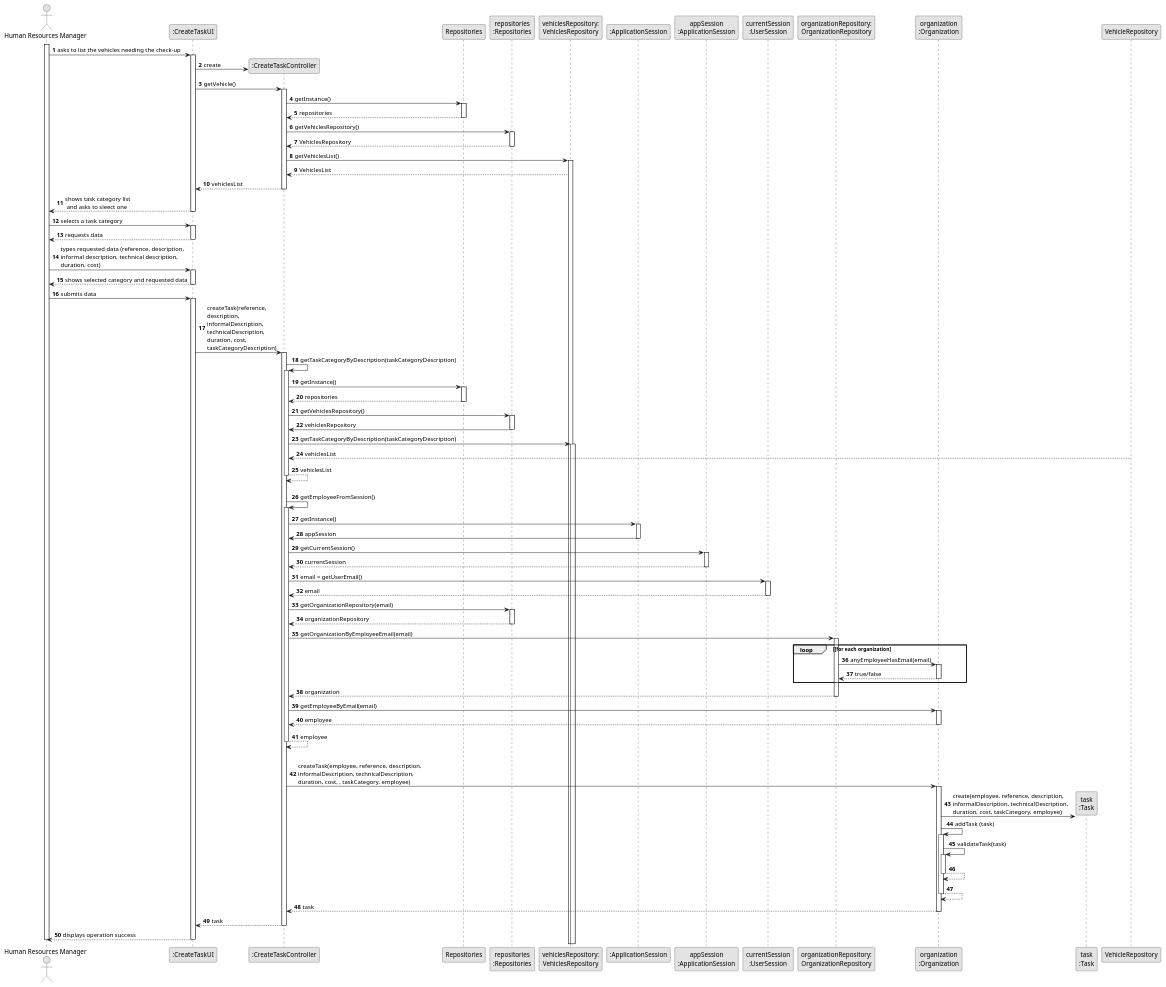
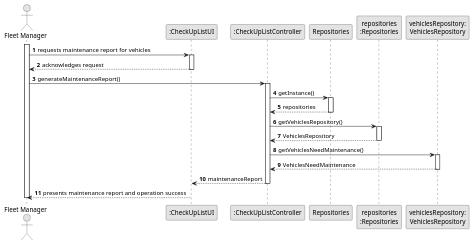
The diagram in docs/sprintB/us008/03.design/puml/us008-sequence-diagram-full.puml (Departamento-de-Engenharia-Informatica/lei-24-s2-1dl-g121), drawn with PlantUML before and after one commit. The commit also changed 4 other files, not shown here.

```diff
--- a/docs/sprintB/us008/03.design/puml/us008-sequence-diagram-full.puml
+++ b/docs/sprintB/us008/03.design/puml/us008-sequence-diagram-full.puml
@@ -1,180 +1,59 @@
 @startuml
 skinparam monochrome true
 skinparam packageStyle rectangle
 skinparam shadowing false
 
 autonumber
 
 'hide footbox
-actor "Human Resources Manager" as ADM
-participant ":CreateTaskUI" as UI
-participant ":CreateTaskController" as CTRL
+actor "Fleet Manager" as ADM
+participant ":CheckUpListUI" as UI
+participant ":CheckUpListController" as CTRL
 participant "Repositories" as RepositorySingleton
 participant "repositories\n:Repositories" as PLAT
 participant "vehiclesRepository:\nVehiclesRepository" as VehiclesRepository
-participant ":ApplicationSession" as _APP
-participant "appSession\n:ApplicationSession" as APP
-participant "currentSession\n:UserSession" as SESSAO
-participant "organizationRepository:\nOrganizationRepository" as OrganizationRepository
-participant "organization\n:Organization" as ORG
-participant "task\n:Task" as TAREFA
+'participant ":ApplicationSession" as _APP
+'participant "appSession\n:ApplicationSession" as APP
+'participant "currentSession\n:UserSession" as SESSAO
+'participant "organizationRepository:\nOrganizationRepository" as OrganizationRepository
+'participant "organization\n:Organization" as ORG
+'participant "task\n:Task" as TAREFA
 
-activate ADM
+ activate ADM
 
-        ADM -> UI : asks to list the vehicles needing the check-up
-
+        ADM -> UI : requests maintenance report for vehicles
         activate UI
 
-'            UI --> ADM : requests data (reference, description,  informal \n description, technical description, duration, cost)
-            'create CTRL
-            UI -> CTRL** : create
-
-            UI -> CTRL : getVehicle()
-            activate CTRL
-
-                CTRL -> RepositorySingleton : getInstance()
-                activate RepositorySingleton
-
-                    RepositorySingleton --> CTRL: repositories
-                deactivate RepositorySingleton
-
-                CTRL -> PLAT : getVehiclesRepository()
-                activate PLAT
-
-                    PLAT --> CTRL: VehiclesRepository
-                deactivate PLAT
-
-                CTRL -> VehiclesRepository : getVehiclesList()
-                activate VehiclesRepository
-
-                    VehiclesRepository --> CTRL : VehiclesList
-                deactivate VehicleRepository
-
-                CTRL --> UI : vehiclesList
-            deactivate CTRL
-
-            UI --> ADM : shows task category list\n and asks to sleect one
+            UI --> ADM : acknowledges request
         deactivate UI
 
-    ADM -> UI : selects a task category
-    activate UI
-
-        UI --> ADM : requests data
-    deactivate UI
-
-    ADM -> UI : types requested data (reference, description, \ninformal description, technical description,\nduration, cost)
-    activate UI
-
-        UI --> ADM : shows selected category and requested data
-    deactivate UI
-
-    ADM -> UI : submits data
-    activate UI
-
-        UI -> CTRL : createTask(reference,\ndescription,\ninformalDescription,\ntechnicalDescription,\nduration, cost,\ntaskCategoryDescription)
+        ADM -> CTRL : generateMaintenanceReport()
         activate CTRL
 
-            CTRL -> CTRL : getTaskCategoryByDescription(taskCategoryDescription)
-            activate CTRL
+            CTRL -> RepositorySingleton : getInstance()
+            activate RepositorySingleton
 
-                CTRL -> RepositorySingleton : getInstance()
-                activate RepositorySingleton
+                RepositorySingleton --> CTRL: repositories
+            deactivate RepositorySingleton
 
-                    RepositorySingleton --> CTRL: repositories
-                deactivate RepositorySingleton
+            CTRL -> PLAT : getVehiclesRepository()
+            activate PLAT
 
-                CTRL -> PLAT : getVehiclesRepository()
-                activate PLAT
+                PLAT --> CTRL: VehiclesRepository
+            deactivate PLAT
 
-                    PLAT -> CTRL : vehiclesRepository
-                deactivate PLAT
+            CTRL -> VehiclesRepository : getVehiclesNeedMaintenance()
+            activate VehiclesRepository
 
-                CTRL -> VehiclesRepository : getTaskCategoryByDescription(taskCategoryDescription)
-                activate VehiclesRepository
+                VehiclesRepository --> CTRL : VehiclesNeedMaintenance
+            deactivate VehiclesRepository
 
-                    VehicleRepository --> CTRL : vehiclesList
-                deactivate VehicleRepository
-                    CTRL --> CTRL : vehiclesList
-            deactivate CTRL
+            CTRL --> UI : maintenanceReport
+        deactivate CTRL
 
-            |||
-            CTRL -> CTRL : getEmployeeFromSession()
-            activate CTRL
-
-                CTRL -> _APP: getInstance()
-                activate _APP
-                    _APP -> CTRL: appSession
-                deactivate _APP
-
-
-                CTRL -> APP: getCurrentSession()
-                activate APP
-
-                    APP --> CTRL: currentSession
-                deactivate APP
-
-                CTRL -> SESSAO: email = getUserEmail()
-                activate SESSAO
-
-                    SESSAO --> CTRL: email
-                deactivate SESSAO
-
-
-                CTRL -> PLAT: getOrganizationRepository(email)
-                activate PLAT
-
-                    PLAT --> CTRL: organizationRepository
-                deactivate PLAT
-
-
-                CTRL -> OrganizationRepository: getOrganizationByEmployeeEmail(email)
-                activate OrganizationRepository
-
-                    loop [for each organization
-                        OrganizationRepository -> ORG : anyEmployeeHasEmail(email)
-                        activate ORG
-
-                             ORG --> OrganizationRepository : true/false
-                        deactivate ORG
-                    end
-                    OrganizationRepository --> CTRL : organization
-                deactivate OrganizationRepository
-
-                CTRL -> ORG: getEmployeeByEmail(email)
-                activate ORG
-
-                    ORG --> CTRL : employee
-                deactivate ORG
-
-                CTRL --> CTRL : employee
-            deactivate CTRL
-
-            |||
-            CTRL -> ORG: createTask(employee, reference, description,\ninformalDescription, technicalDescription,\nduration, cost, , taskCategory, employee)
-            activate ORG
-
-                ORG -> TAREFA**: create(employee, reference, description,\ninformalDescription, technicalDescription,\nduration, cost, taskCategory, employee)
-                ORG -> ORG: addTask (task)
-
-
-                activate ORG
-                    ORG -> ORG: validateTask(task)
-                    activate ORG
-                        ORG --> ORG
-                    deactivate ORG
-
-                    ORG --> ORG
-                deactivate ORG
-
-                ORG --> CTRL : task
-
-            deactivate ORG
-
-            CTRL --> UI: task
-            deactivate CTRL
-            UI --> ADM: displays operation success
+        UI --> ADM : presents maintenance report and operation success
     deactivate UI
 
 deactivate ADM
 
 @enduml
```
